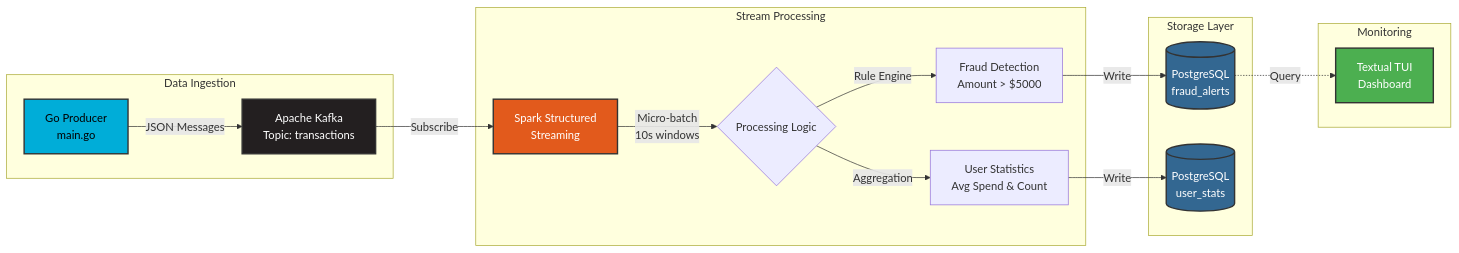
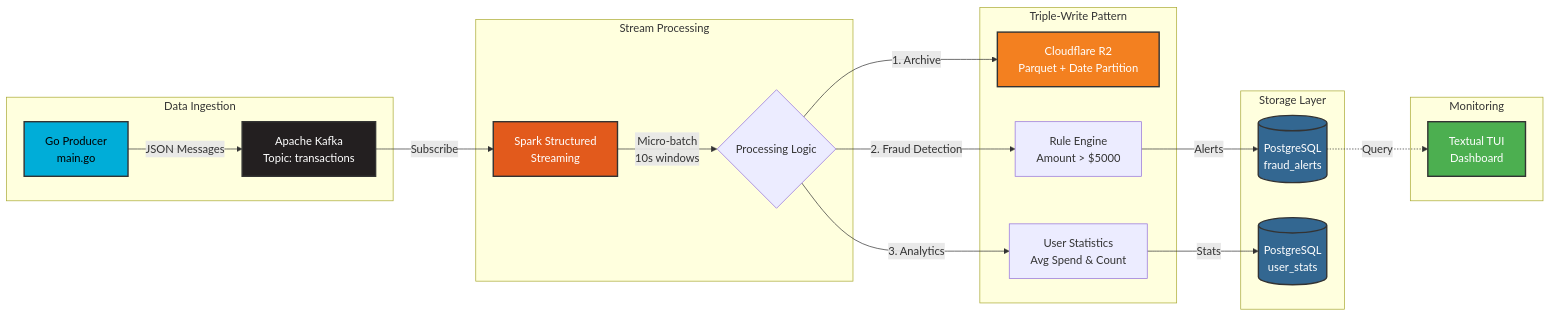
One commit to VikranthBala/sentinel changed the diagram in README.md. Above: the diagram before and after it, drawn with Mermaid. The commit also changed other lines of this file, not shown here.

````diff
--- a/README.md
+++ b/README.md
@@ -34,29 +38,34 @@
 ```mermaid
 graph LR
     subgraph "Data Ingestion"
         A[Go Producer<br/>main.go] -->|JSON Messages| B[Apache Kafka<br/>Topic: transactions]
     end
     
     subgraph "Stream Processing"
         B -->|Subscribe| C[Spark Structured<br/>Streaming]
         C -->|Micro-batch<br/>10s windows| D{Processing Logic}
-        D -->|Rule Engine| E[Fraud Detection<br/>Amount > $5000]
-        D -->|Aggregation| F[User Statistics<br/>Avg Spend & Count]
+    end
+    
+    subgraph "Triple-Write Pattern"
+        D -->|1. Archive| E[Cloudflare R2<br/>Parquet + Date Partition]
+        D -->|2. Fraud Detection| F[Rule Engine<br/>Amount > $5000]
+        D -->|3. Analytics| G[User Statistics<br/>Avg Spend & Count]
     end
     
     subgraph "Storage Layer"
-        E -->|Write| G[(PostgreSQL<br/>fraud_alerts)]
-        F -->|Write| H[(PostgreSQL<br/>user_stats)]
+        F -->|Alerts| H[(PostgreSQL<br/>fraud_alerts)]
+        G -->|Stats| I[(PostgreSQL<br/>user_stats)]
     end
     
     subgraph "Monitoring"
-        G -.->|Query| I[Textual TUI<br/>Dashboard]
+        H -.->|Query| J[Textual TUI<br/>Dashboard]
     end
     
     style A fill:#00ADD8,stroke:#333,stroke-width:2px,color:#000
     style B fill:#231F20,stroke:#333,stroke-width:2px,color:#fff
     style C fill:#E25A1C,stroke:#333,stroke-width:2px,color:#fff
-    style G fill:#336791,stroke:#333,stroke-width:2px,color:#fff
+    style E fill:#F38020,stroke:#333,stroke-width:2px,color:#fff
     style H fill:#336791,stroke:#333,stroke-width:2px,color:#fff
-    style I fill:#4CAF50,stroke:#333,stroke-width:2px,color:#fff
+    style I fill:#336791,stroke:#333,stroke-width:2px,color:#fff
+    style J fill:#4CAF50,stroke:#333,stroke-width:2px,color:#fff
 ```
````
